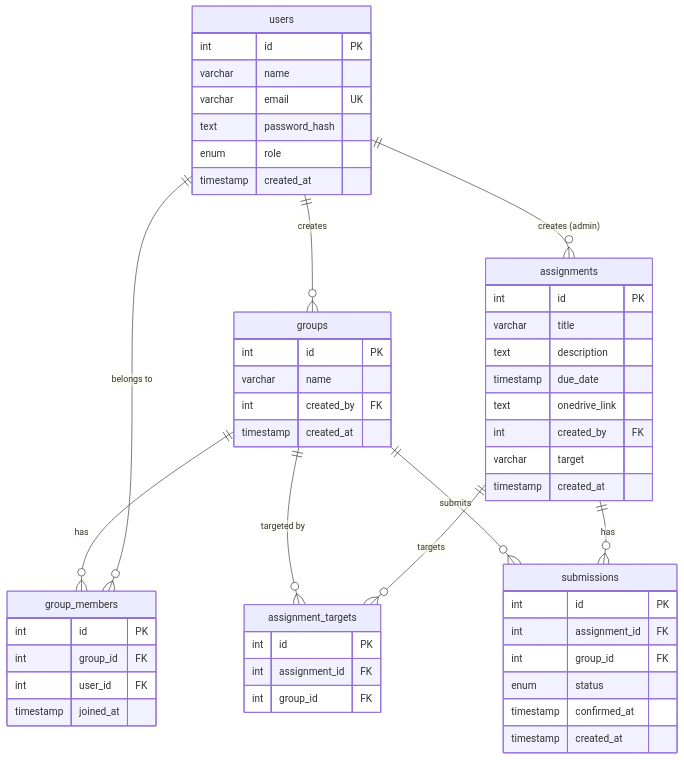
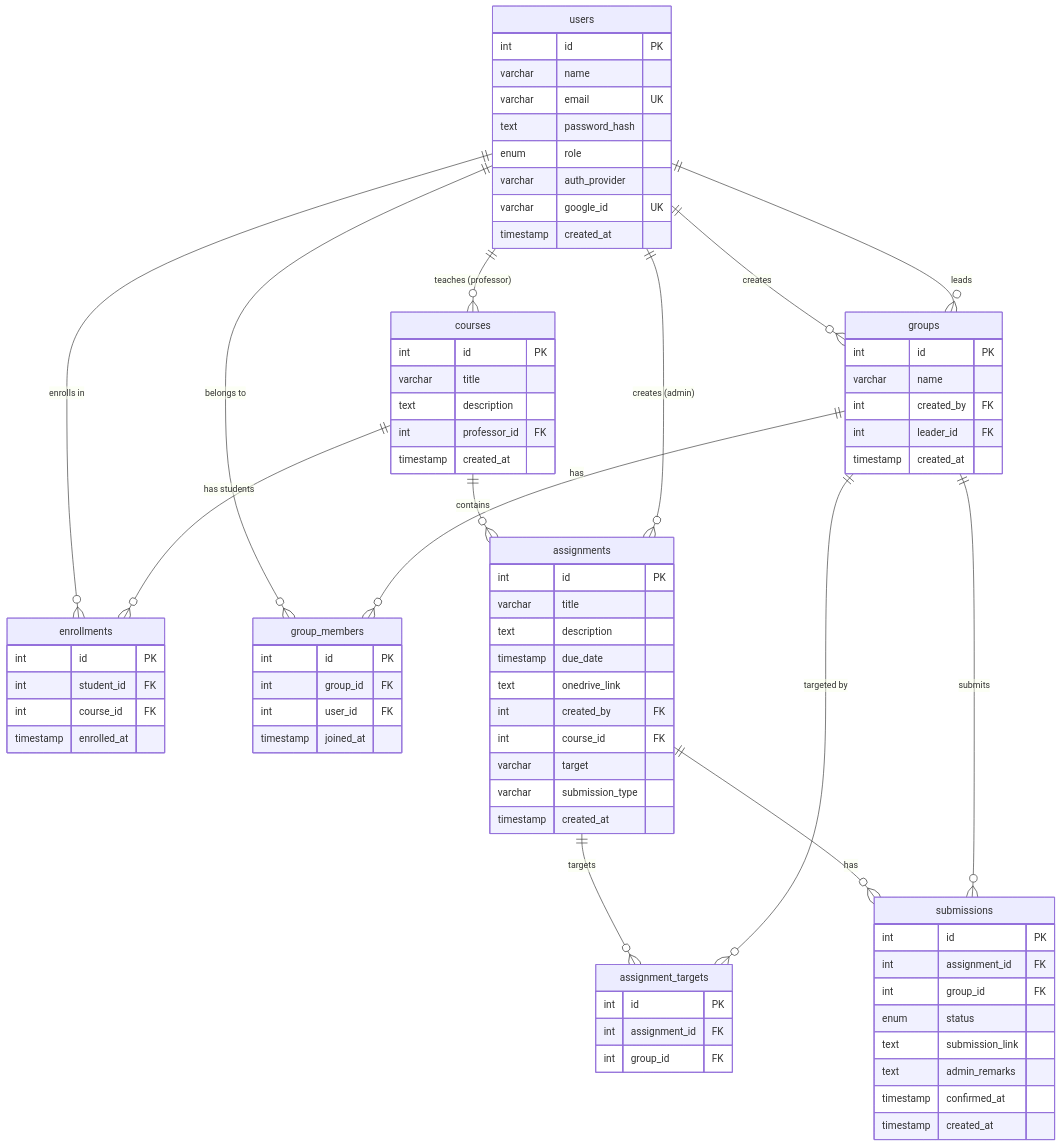
The diagram in docs/er_diagram.md (VinayaKadate/Joineazy-task1), drawn with Mermaid before and after one commit. The commit also changed other lines of this file and 5 other files, not shown here.

Commit message:
(round 2 phase 0) feat: add database seeding script, schema migration, and ER diagram documentation

```diff
--- a/docs/er_diagram.md
+++ b/docs/er_diagram.md
@@ -10,13 +10,31 @@
         varchar email        UK
         text    password_hash
         enum    role
+        varchar auth_provider
+        varchar google_id    UK
         timestamp created_at
+    }
+
+    courses {
+        int     id           PK
+        varchar title
+        text    description
+        int     professor_id FK
+        timestamp created_at
+    }
+
+    enrollments {
+        int     id           PK
+        int     student_id   FK
+        int     course_id    FK
+        timestamp enrolled_at
     }
 
     groups {
         int     id           PK
         varchar name
         int     created_by   FK
+        int     leader_id    FK
         timestamp created_at
     }
 
@@ -34,7 +52,9 @@
         timestamp due_date
         text    onedrive_link
         int     created_by   FK
+        int     course_id    FK
         varchar target
+        varchar submission_type
         timestamp created_at
     }
 
@@ -49,11 +69,18 @@
         int     assignment_id FK
         int     group_id      FK
         enum    status
+        text    submission_link
+        text    admin_remarks
         timestamp confirmed_at
         timestamp created_at
     }
 
+    users        ||--o{ courses           : "teaches (professor)"
+    users        ||--o{ enrollments       : "enrolls in"
+    courses      ||--o{ enrollments       : "has students"
+    courses      ||--o{ assignments       : "contains"
     users        ||--o{ groups            : "creates"
+    users        ||--o{ groups            : "leads"
     users        ||--o{ group_members     : "belongs to"
     groups       ||--o{ group_members     : "has"
     users        ||--o{ assignments       : "creates (admin)"
```
